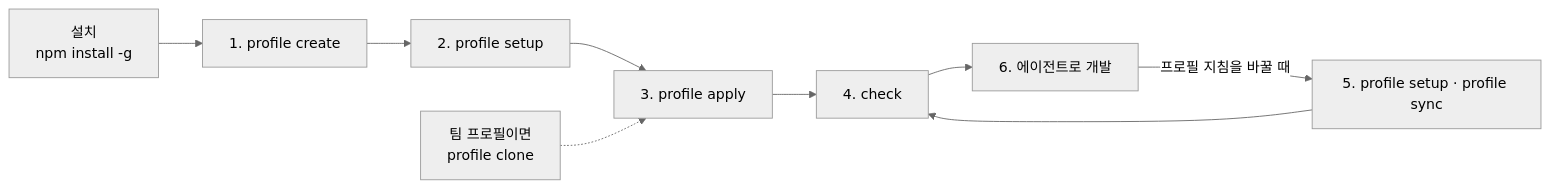
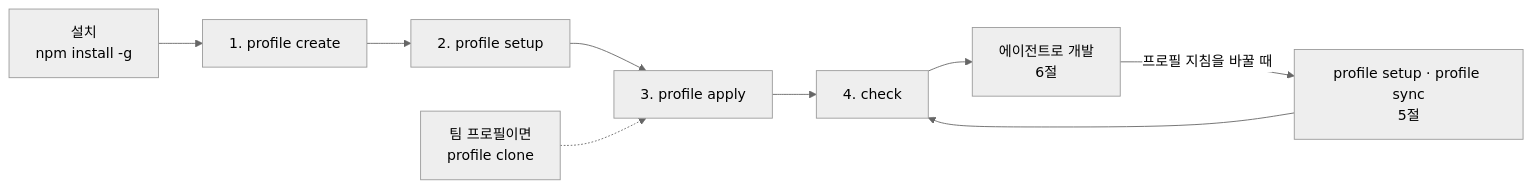
Before and after one commit to IsthisLee/agent-context-manager: the diagram in docs/getting-started/quick-start.md, drawn with Mermaid (neutral theme). The commit also changed other lines of this file and 54 other files, not shown here.

````diff
--- a/docs/getting-started/quick-start.md
+++ b/docs/getting-started/quick-start.md
@@ -10,11 +22,11 @@
 ```mermaid
 flowchart LR
   INSTALL["설치<br/>npm install -g"] --> CREATE["1. profile create"]
   CREATE --> SETUP["2. profile setup"]
   SETUP --> APPLY["3. profile apply"]
   APPLY --> CHECK["4. check"]
-  CHECK --> DEV["6. 에이전트로 개발"]
-  DEV -->|"프로필 지침을 바꿀 때"| SYNC["5. profile setup · profile sync"]
+  CHECK --> DEV["에이전트로 개발<br/>6절"]
+  DEV -->|"프로필 지침을 바꿀 때"| SYNC["profile setup · profile sync<br/>5절"]
   SYNC --> CHECK
   CLONE["팀 프로필이면<br/>profile clone"] -.-> APPLY
 ```
````
